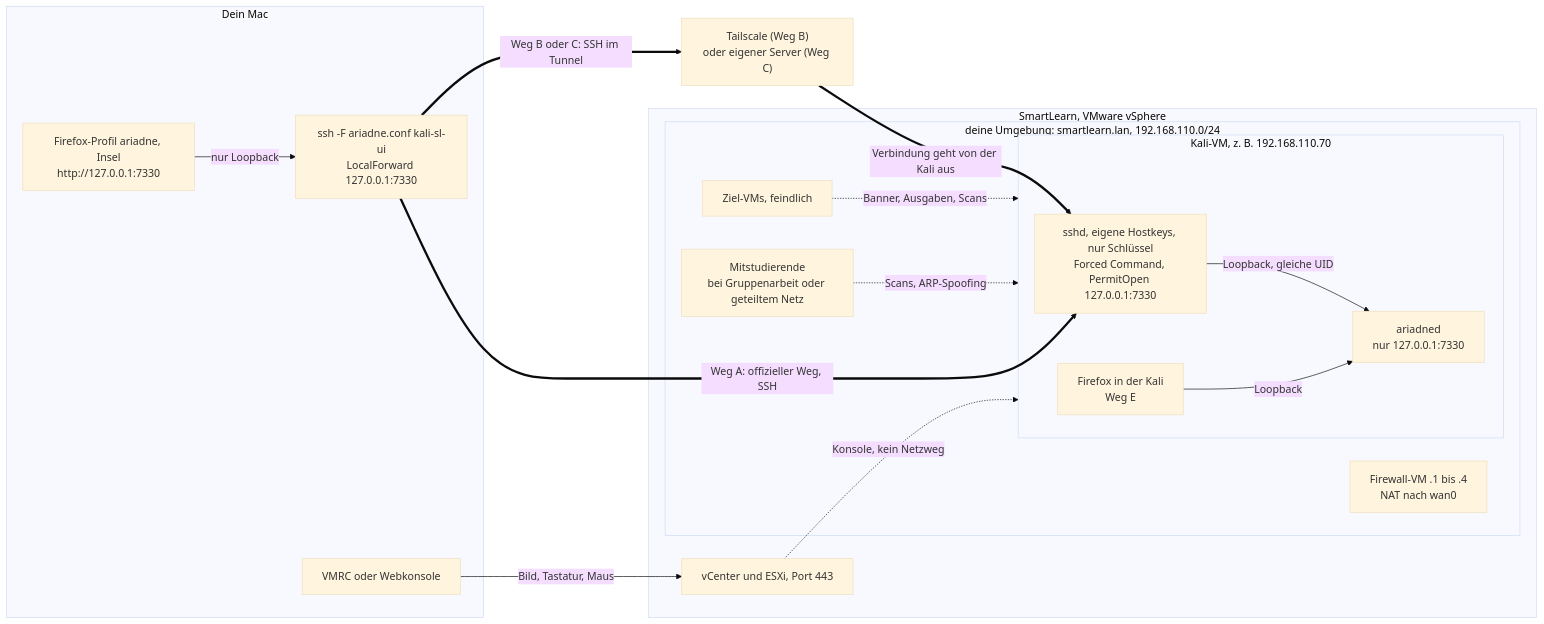
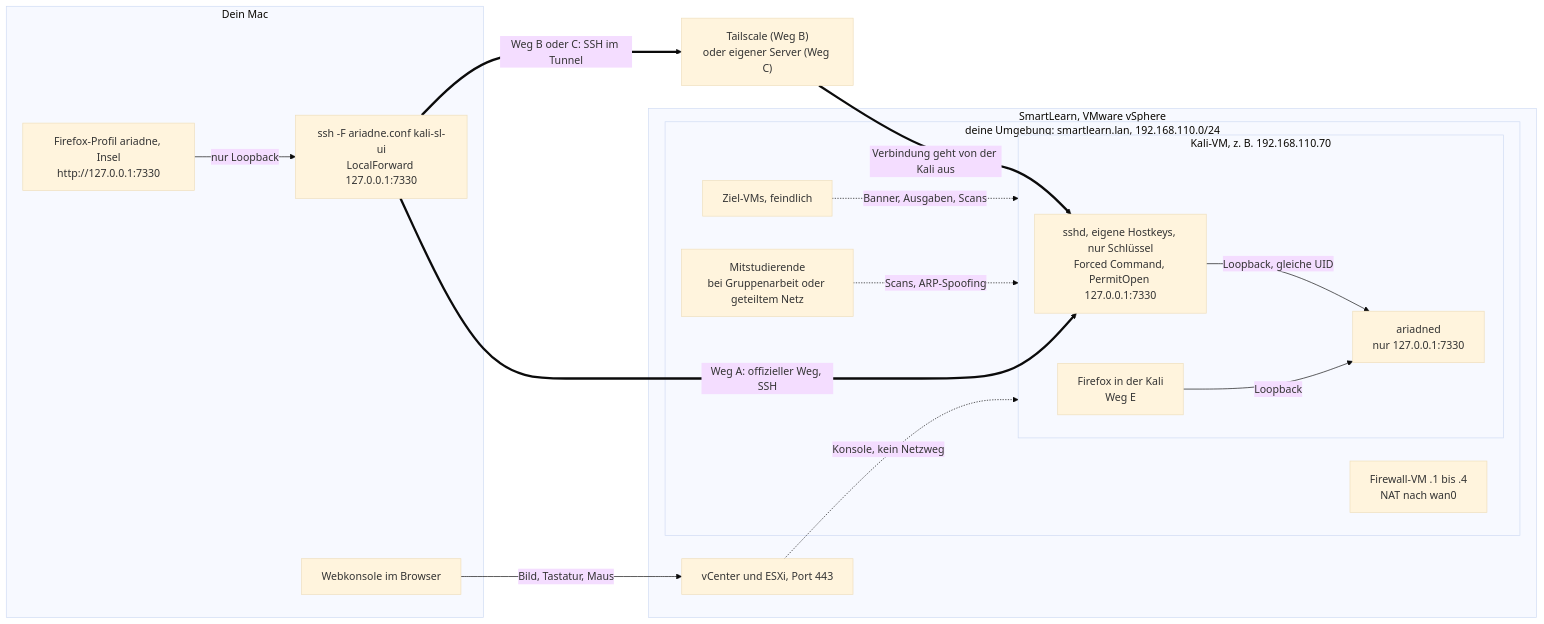
One commit to schwendolin/ariadne changed the first of 2 diagrams in docs/konzept-fernzugriff.md. Above: the diagram before and after it, drawn with Mermaid (base theme). The commit also changed other lines of this file and 7 other files, not shown here.

````diff
--- a/docs/konzept-fernzugriff.md
+++ b/docs/konzept-fernzugriff.md
@@ -37,32 +76,32 @@
 ```mermaid
 flowchart LR
   subgraph MAC["Dein Mac"]
     BR["Firefox-Profil ariadne, Insel<br/>http://127.0.0.1:7330"]
     SC["ssh -F ariadne.conf kali-sl-ui<br/>LocalForward 127.0.0.1:7330"]
-    VC["VMRC oder Webkonsole"]
+    VC["Webkonsole im Browser"]
     BR -->|"nur Loopback"| SC
   end
   subgraph SL["SmartLearn, VMware vSphere"]
     ESX["vCenter und ESXi, Port 443"]
     subgraph LAN["deine Umgebung: smartlearn.lan, 192.168.110.0/24"]
       FW["Firewall-VM .1 bis .4<br/>NAT nach wan0"]
       subgraph KALI["Kali-VM, z. B. 192.168.110.70"]
         SSHD["sshd, eigene Hostkeys, nur Schlüssel<br/>Forced Command, PermitOpen 127.0.0.1:7330"]
         AD["ariadned<br/>nur 127.0.0.1:7330"]
         FFK["Firefox in der Kali<br/>Weg E"]
         SSHD -->|"Loopback, gleiche UID"| AD
         FFK -->|"Loopback"| AD
       end
       ZV["Ziel-VMs, feindlich"]
       MS["Mitstudierende<br/>bei Gruppenarbeit oder geteiltem Netz"]
     end
   end
   TN["Tailscale (Weg B)<br/>oder eigener Server (Weg C)"]
   VC -->|"Bild, Tastatur, Maus"| ESX
   ESX -.->|"Konsole, kein Netzweg"| KALI
   SC ==>|"Weg A: offizieller Weg, SSH"| SSHD
   SC ==>|"Weg B oder C: SSH im Tunnel"| TN
   TN ==>|"Verbindung geht von der Kali aus"| SSHD
   ZV -.->|"Banner, Ausgaben, Scans"| KALI
   MS -.->|"Scans, ARP-Spoofing"| KALI
 ```
````
